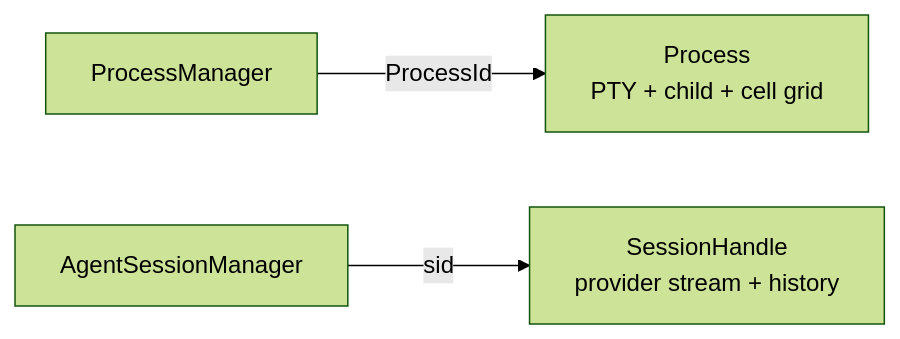
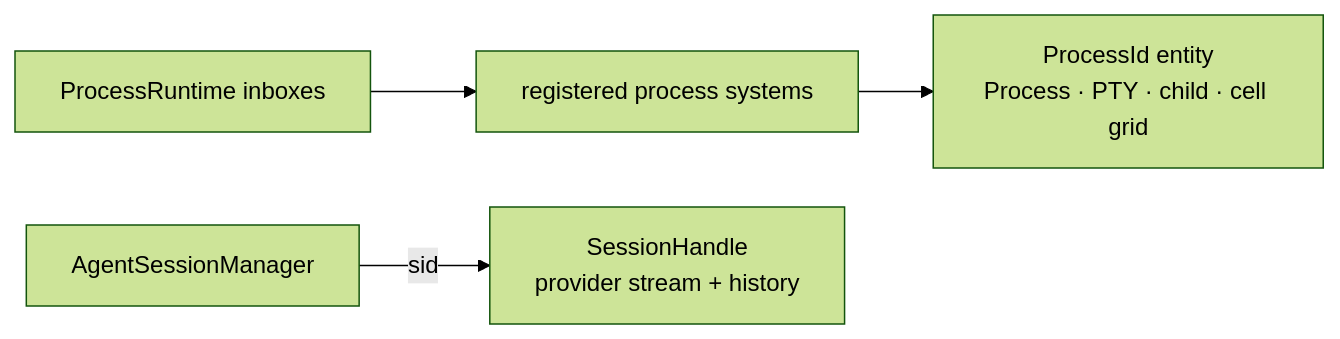
The ninth of 10 diagrams in docs/architecture.md (vmux-ai/vmux), drawn with Mermaid (forest theme) before and after one commit. The commit also changed other lines of this file and 130 other files, not shown here.

````diff
--- a/docs/architecture.md
+++ b/docs/architecture.md
@@ -1649,5 +1666,6 @@
 ```mermaid
 flowchart LR
-    pm["ProcessManager"] -->|ProcessId| proc["Process<br/>PTY + child + cell grid"]
+    inbox["ProcessRuntime inboxes"] --> systems["registered process systems"]
+    systems --> proc["ProcessId entity<br/>Process · PTY · child · cell grid"]
     am["AgentSessionManager"] -->|sid| sess["SessionHandle<br/>provider stream + history"]
 ```
````
